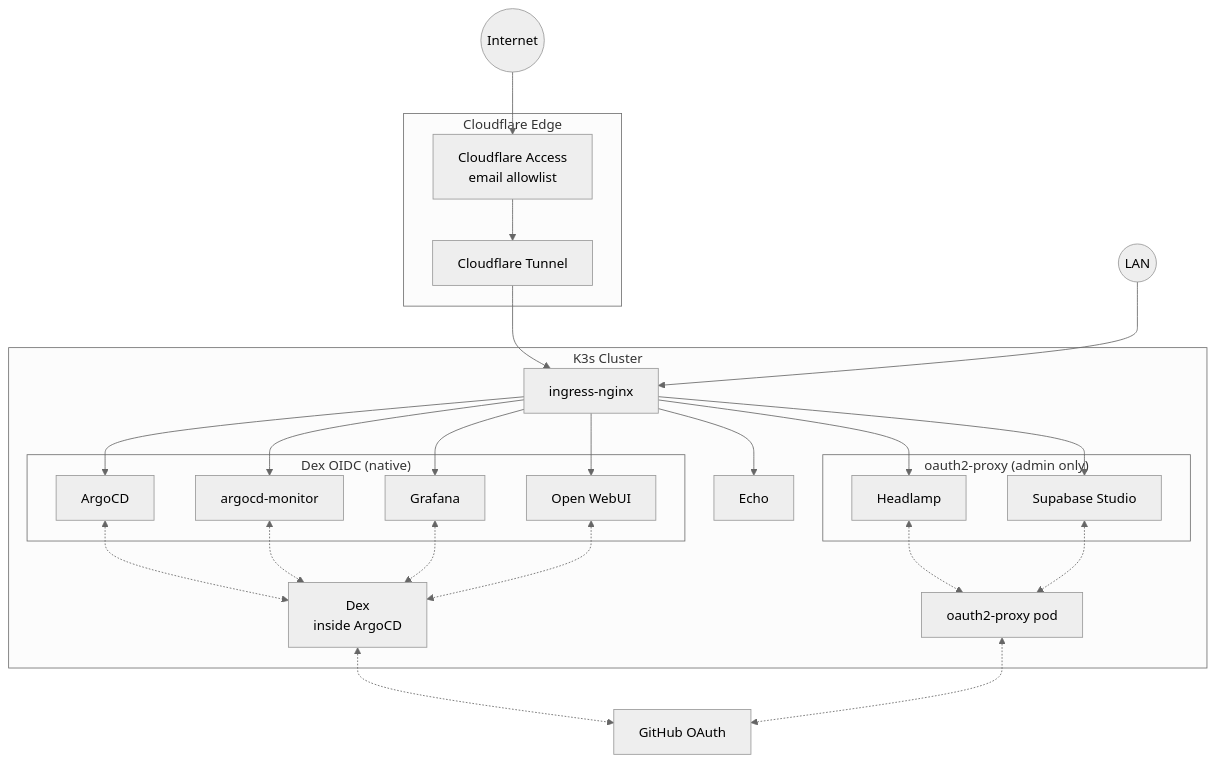
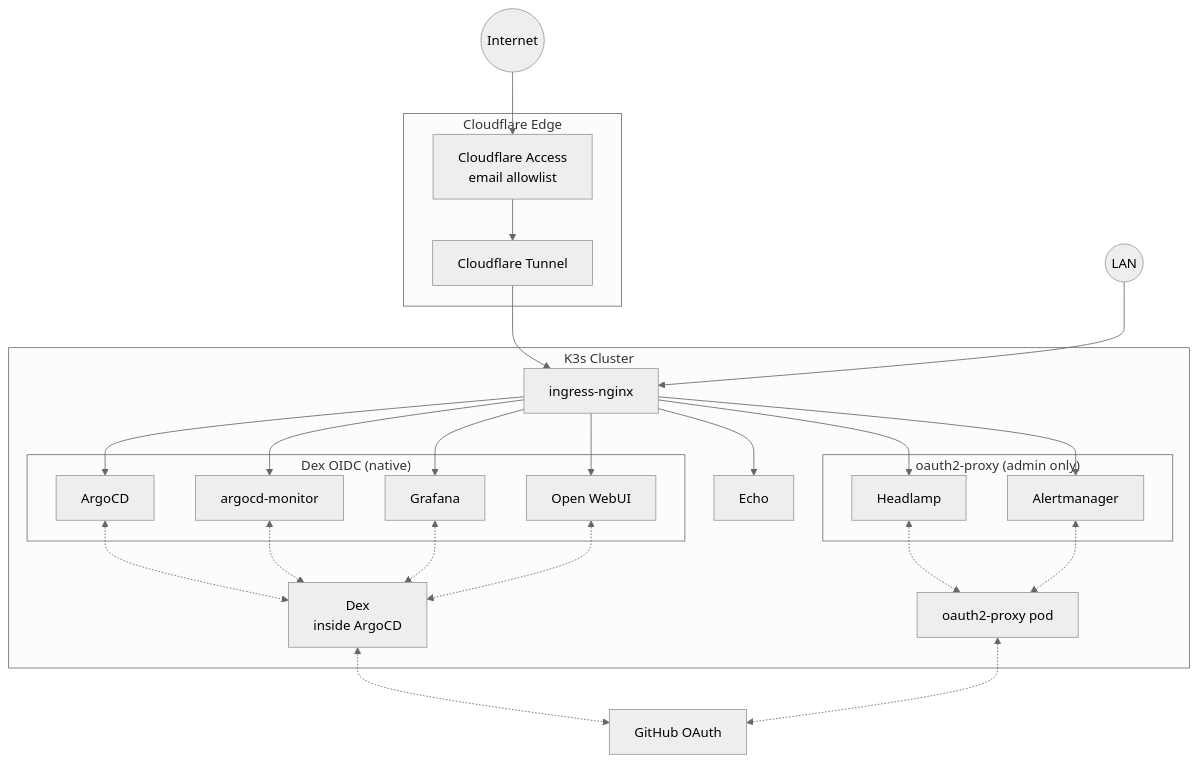
Before and after one commit to gilesknap/tpi-k3s-ansible: the seventh of 7 diagrams in docs/explanations/authentication.md, drawn with Mermaid (neutral theme). The commit also changed other lines of this file and 101 other files, not shown here.

````diff
--- a/docs/explanations/authentication.md
+++ b/docs/explanations/authentication.md
@@ -314,56 +312,56 @@
 ```{mermaid}
 flowchart TB
     Internet((Internet))
     LAN((LAN))
 
     subgraph Cloudflare["Cloudflare Edge"]
         CFA[Cloudflare Access<br/>email allowlist]
         CFT[Cloudflare Tunnel]
     end
 
     subgraph Cluster["K3s Cluster"]
         NGINX[ingress-nginx]
 
         subgraph DexAuth["Dex OIDC (native)"]
             ArgoCD
             Monitor[argocd-monitor]
             Grafana
             OpenWebUI[Open WebUI]
         end
 
         Headlamp
 
         subgraph ProxyAuth["oauth2-proxy (admin only)"]
             Headlamp
-            Supabase[Supabase Studio]
+            Alertmanager
         end
 
         Echo
 
         OAP[oauth2-proxy pod]
         DexPod[Dex<br/>inside ArgoCD]
     end
 
     GH[GitHub OAuth]
 
     Internet --> CFA --> CFT --> NGINX
     LAN --> NGINX
 
     NGINX --> ArgoCD
     NGINX --> Monitor
     NGINX --> Grafana
     NGINX --> OpenWebUI
     NGINX --> Headlamp
-    NGINX --> Supabase
+    NGINX --> Alertmanager
     NGINX --> Echo
 
     ArgoCD <-.-> DexPod
     Monitor <-.-> DexPod
     Grafana <-.-> DexPod
     OpenWebUI <-.-> DexPod
     Headlamp <-.-> OAP
-    Supabase <-.-> OAP
+    Alertmanager <-.-> OAP
 
     DexPod <-.-> GH
     OAP <-.-> GH
 ```
````
